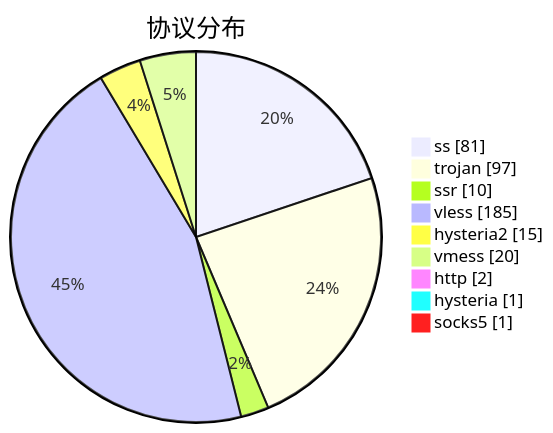
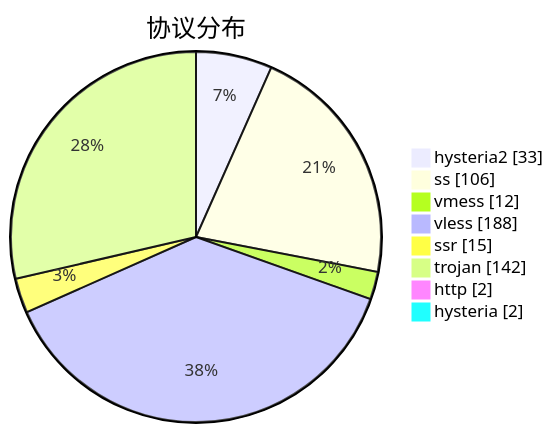
Before and after one commit to sinspired/airport: the third of 3 diagrams in subs/statistics/tested_within.md, drawn with Mermaid. The commit also changed other lines of this file and 2 other files, not shown here.

````diff
--- a/subs/statistics/tested_within.md
+++ b/subs/statistics/tested_within.md
@@ -48,13 +45,12 @@
 ```mermaid
 pie showData
 title 协议分布
-"ss" : 81
-"trojan" : 97
-"ssr" : 10
-"vless" : 185
-"hysteria2" : 15
-"vmess" : 20
+"hysteria2" : 33
+"ss" : 106
+"vmess" : 12
+"vless" : 188
+"ssr" : 15
+"trojan" : 142
 "http" : 2
-"hysteria" : 1
-"socks5" : 1
+"hysteria" : 2
 ```
````
